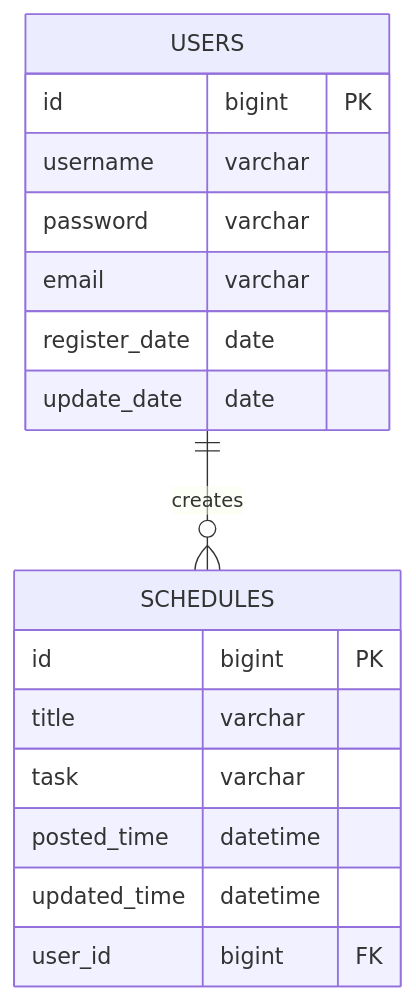
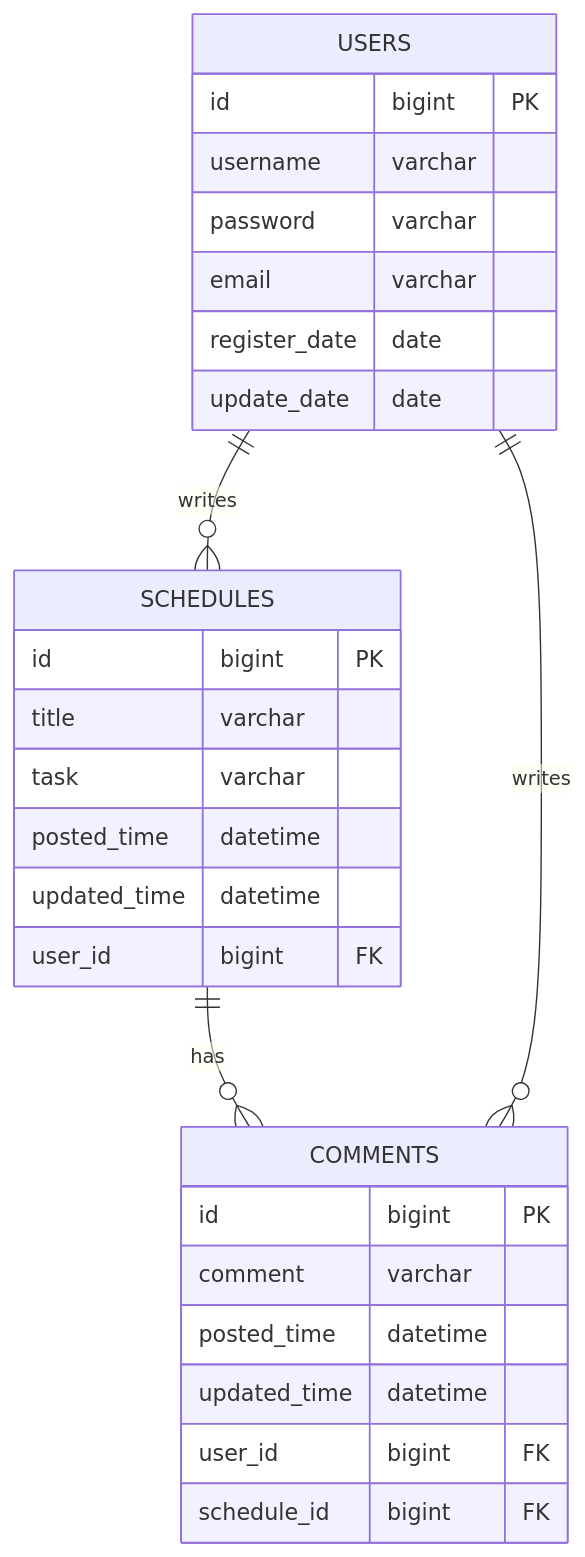
Before and after one commit to KangSemin/scheduler: the diagram in README.md, drawn with Mermaid.

````diff
--- a/README.md
+++ b/README.md
@@ -14,20 +14,31 @@
 ```mermaid
 erDiagram
-USERS ||--o{ SCHEDULES : creates
+USERS ||--o{ SCHEDULES : writes
+SCHEDULES ||--o{ COMMENTS : has
+USERS ||--o{ COMMENTS : writes
+
 USERS {
 id bigint PK
 username varchar 
 password varchar 
 email varchar 
 register_date date
 update_date date
 }
 SCHEDULES {
 id bigint PK 
 title varchar 
 task varchar 
 posted_time datetime 
 updated_time datetime 
 user_id bigint FK 
 }
+COMMENTS {
+id bigint PK
+comment varchar
+posted_time datetime 
+updated_time datetime 
+user_id bigint FK
+schedule_id bigint FK
+}
 ```
````
